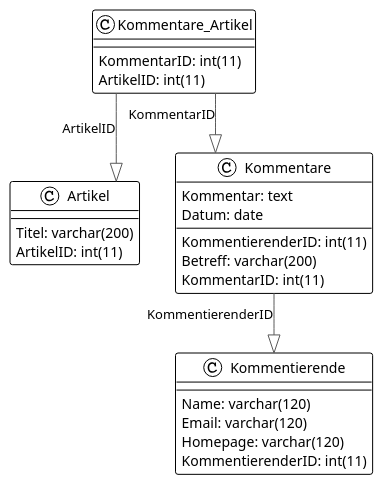
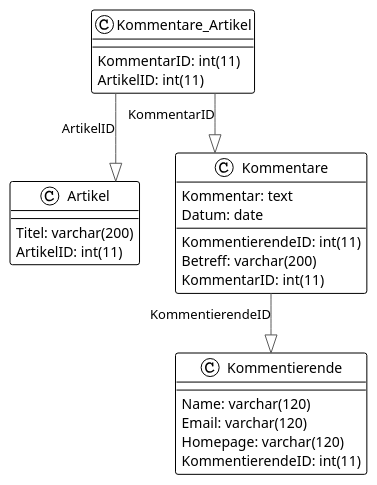
Before and after one commit to farzaneh-soghani/PageBlog: the diagram in sql/Diagram-2024-07-17.plantuml, drawn with PlantUML. The commit also changed 3 other files, not shown here.

Commit message:
docs(db): Datenbank-Diagramme und SQL-Struktur aktualisiert

```diff
--- a/sql/Diagram-2024-07-17.plantuml
+++ b/sql/Diagram-2024-07-17.plantuml
@@ -1,32 +1,32 @@
 @startuml
 
 !theme plain
 top to bottom direction
 skinparam linetype ortho
 
 class Artikel {
    Titel: varchar(200)
    ArtikelID: int(11)
 }
 class Kommentare {
-   KommentierenderID: int(11)
+   KommentierendeID: int(11)
    Betreff: varchar(200)
    Kommentar: text
    Datum: date
    KommentarID: int(11)
 }
 class Kommentare_Artikel {
    KommentarID: int(11)
    ArtikelID: int(11)
 }
 class Kommentierende {
    Name: varchar(120)
    Email: varchar(120)
    Homepage: varchar(120)
-   KommentierenderID: int(11)
+   KommentierendeID: int(11)
 }
 
-Kommentare          -[#595959,plain]-^  Kommentierende     : "KommentierenderID"
+Kommentare          -[#595959,plain]-^  Kommentierende     : "KommentierendeID"
 Kommentare_Artikel  -[#595959,plain]-^  Artikel            : "ArtikelID"
 Kommentare_Artikel  -[#595959,plain]-^  Kommentare         : "KommentarID"
 @enduml
```
